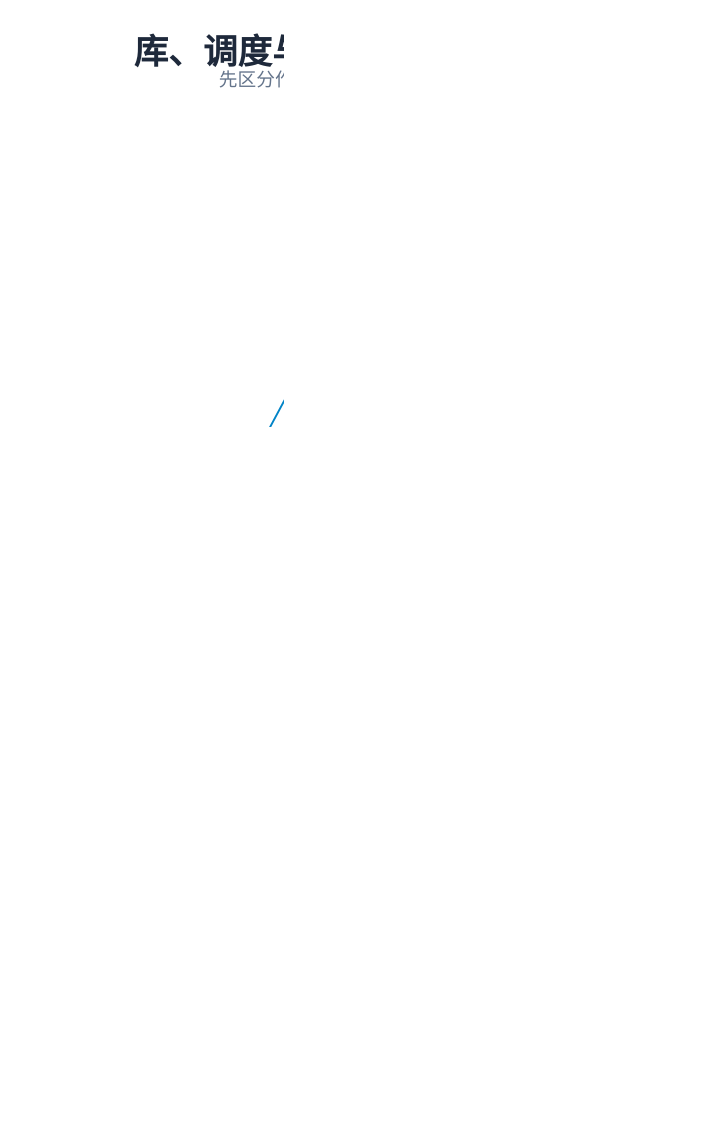
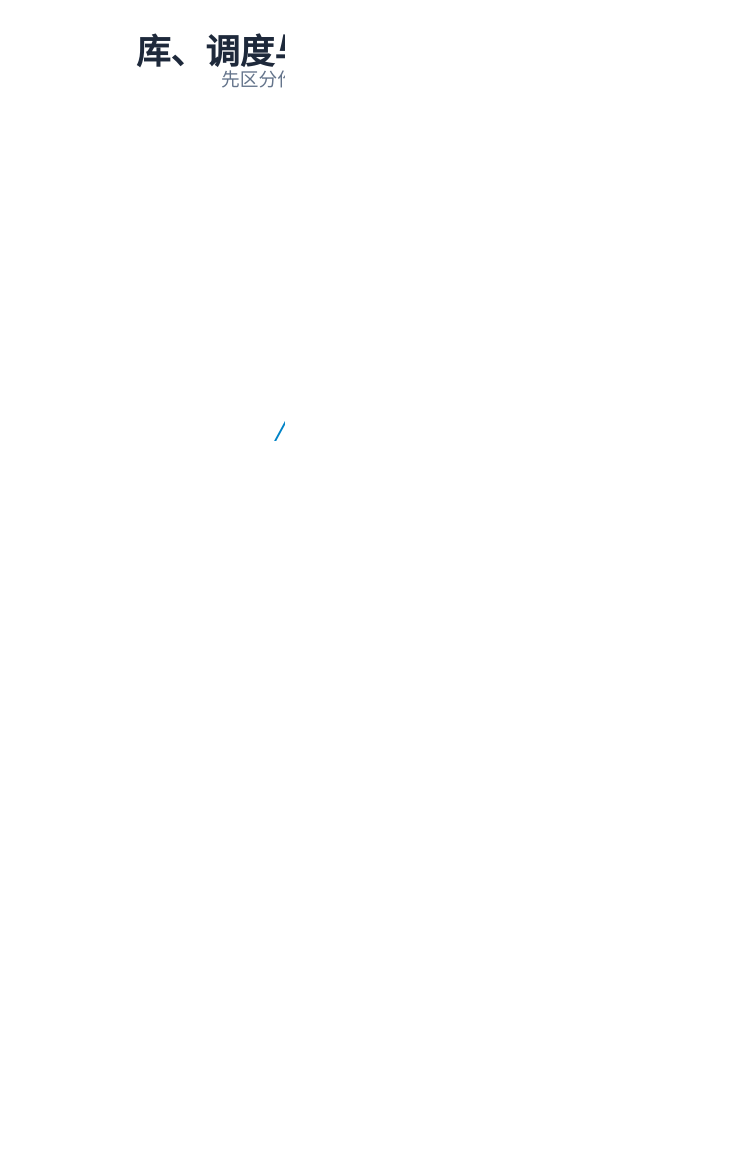
The diagram in Linux系统API/十一.库、调度与资源限制/assets/mindmap.dot (zingerWang/Jobs), drawn with Graphviz before and after one commit. The commit also changed 4 other files, not shown here.

```diff
--- a/Linux系统API/十一.库、调度与资源限制/assets/mindmap.dot
+++ b/Linux系统API/十一.库、调度与资源限制/assets/mindmap.dot
@@ -1,21 +1,21 @@
 digraph G {
 graph [rankdir=LR, bgcolor="white", dpi=200, pad=0.3, nodesep=0.22, ranksep=0.6, fontname="PingFang SC", labelloc=t, label=<<FONT POINT-SIZE="24" COLOR="#1E293B"><B>库、调度与资源限制：知识关系图</B></FONT><BR/><FONT POINT-SIZE="13" COLOR="#64748B">先区分作用层次，再查询、调用并检查结果</FONT>>];
 node [shape=plaintext, fontname="PingFang SC"];
 edge [fontname="PingFang SC", fontsize=11, arrowsize=0.7, arrowhead=normal, penwidth=1.3];
 root [label=<<TABLE BORDER="0" CELLBORDER="0" CELLSPACING="0" CELLPADDING="10"><TR><TD BGCOLOR="#4F46E5"><FONT COLOR="white" POINT-SIZE="15"><B>Linux 库、调度与资源限制</B></FONT></TD></TR><TR><TD BGCOLOR="#EEF2FF" ALIGN="LEFT"><FONT COLOR="#1E293B" POINT-SIZE="12">代码从哪来、CPU 如何分配<BR ALIGN="LEFT"/>运行环境允许使用多少资源</FONT></TD></TR></TABLE>>];
-n0 [label=<<TABLE BORDER="0" CELLBORDER="0" CELLSPACING="0" CELLPADDING="10"><TR><TD BGCOLOR="#0284C7"><FONT COLOR="white" POINT-SIZE="15"><B>一、库与链接</B></FONT></TD></TR><TR><TD BGCOLOR="#F0F9FF" ALIGN="LEFT"><FONT COLOR="#1E293B" POINT-SIZE="12">.a：选取成员并入程序<BR ALIGN="LEFT"/>.so：记录依赖，运行时映射</FONT></TD></TR></TABLE>>];
+n0 [label=<<TABLE BORDER="0" CELLBORDER="0" CELLSPACING="0" CELLPADDING="10"><TR><TD BGCOLOR="#0284C7"><FONT COLOR="white" POINT-SIZE="15"><B>一、库与链接</B></FONT></TD></TR><TR><TD BGCOLOR="#F0F9FF" ALIGN="LEFT"><FONT COLOR="#1E293B" POINT-SIZE="12">.a：选取成员并入程序<BR ALIGN="LEFT"/>.so：记录依赖，运行时映射<BR ALIGN="LEFT"/>查库环境限定范围；静态 NSS 核对依赖</FONT></TD></TR></TABLE>>];
 n1 [label=<<TABLE BORDER="0" CELLBORDER="0" CELLSPACING="0" CELLPADDING="10"><TR><TD BGCOLOR="#7C3AED"><FONT COLOR="white" POINT-SIZE="15"><B>二、动态加载</B></FONT></TD></TR><TR><TD BGCOLOR="#F5F3FF" ALIGN="LEFT"><FONT COLOR="#1E293B" POINT-SIZE="12">dlopen / dlsym / dlerror / dlclose<BR ALIGN="LEFT"/>错误、ABI、生命周期及 -ldl 版本边界</FONT></TD></TR></TABLE>>];
 n2 [label=<<TABLE BORDER="0" CELLBORDER="0" CELLSPACING="0" CELLPADDING="10"><TR><TD BGCOLOR="#D97706"><FONT COLOR="white" POINT-SIZE="15"><B>三、调度</B></FONT></TD></TR><TR><TD BGCOLOR="#FFFBEB" ALIGN="LEFT"><FONT COLOR="#1E293B" POINT-SIZE="12">nice 是相对权重，不是固定配额<BR ALIGN="LEFT"/>区分调度策略、亲和性与 CPU 预算</FONT></TD></TR></TABLE>>];
 n3 [label=<<TABLE BORDER="0" CELLBORDER="0" CELLSPACING="0" CELLPADDING="10"><TR><TD BGCOLOR="#0284C7"><FONT COLOR="white" POINT-SIZE="15"><B>四、配置查询</B></FONT></TD></TR><TR><TD BGCOLOR="#F0F9FF" ALIGN="LEFT"><FONT COLOR="#1E293B" POINT-SIZE="12">sysconf：fd 限制、逻辑 CPU、页大小<BR ALIGN="LEFT"/>pathconf：路径限制；-1 结合 errno</FONT></TD></TR></TABLE>>];
-n4 [label=<<TABLE BORDER="0" CELLBORDER="0" CELLSPACING="0" CELLPADDING="10"><TR><TD BGCOLOR="#E11D48"><FONT COLOR="white" POINT-SIZE="15"><B>五、资源限制</B></FONT></TD></TR><TR><TD BGCOLOR="#FFF1F2" ALIGN="LEFT"><FONT COLOR="#1E293B" POINT-SIZE="12">soft 当前执行；hard 限制调节范围<BR ALIGN="LEFT"/>进程内线程共享，子进程继承</FONT></TD></TR></TABLE>>];
+n4 [label=<<TABLE BORDER="0" CELLBORDER="0" CELLSPACING="0" CELLPADDING="10"><TR><TD BGCOLOR="#E11D48"><FONT COLOR="white" POINT-SIZE="15"><B>五、资源限制</B></FONT></TD></TR><TR><TD BGCOLOR="#FFF1F2" ALIGN="LEFT"><FONT COLOR="#1E293B" POINT-SIZE="12">soft 当前执行；hard 限制调节范围<BR ALIGN="LEFT"/>进程内线程共享，子进程继承<BR ALIGN="LEFT"/>NOFILE 增大不扩展 select 的 fd_set</FONT></TD></TR></TABLE>>];
 n5 [label=<<TABLE BORDER="0" CELLBORDER="0" CELLSPACING="0" CELLPADDING="10"><TR><TD BGCOLOR="#0D9488"><FONT COLOR="white" POINT-SIZE="15"><B>六、排查与验证</B></FONT></TD></TR><TR><TD BGCOLOR="#F0FDFA" ALIGN="LEFT"><FONT COLOR="#1E293B" POINT-SIZE="12">链接路径、目标进程、权限与继承<BR ALIGN="LEFT"/>成功与失败分支；预期与实测分开</FONT></TD></TR></TABLE>>];
 n6 [label=<<TABLE BORDER="0" CELLBORDER="0" CELLSPACING="0" CELLPADDING="10"><TR><TD BGCOLOR="#475569"><FONT COLOR="white" POINT-SIZE="15"><B>七、面试与 Q&amp;A</B></FONT></TD></TR><TR><TD BGCOLOR="#F8FAFC" ALIGN="LEFT"><FONT COLOR="#1E293B" POINT-SIZE="12">问题 → 机制 → 边界<BR ALIGN="LEFT"/>用缺库、旧指针和资源耗尽检验理解</FONT></TD></TR></TABLE>>];
 root -> n0 [label="", color="#0284C7", fontcolor="#0284C7"];
 root -> n1 [label="", color="#7C3AED", fontcolor="#7C3AED"];
 root -> n2 [label="", color="#D97706", fontcolor="#D97706"];
 root -> n3 [label="", color="#0284C7", fontcolor="#0284C7"];
 root -> n4 [label="", color="#E11D48", fontcolor="#E11D48"];
 root -> n5 [label="", color="#0D9488", fontcolor="#0D9488"];
 root -> n6 [label="", color="#475569", fontcolor="#475569"];
 
 }
```
